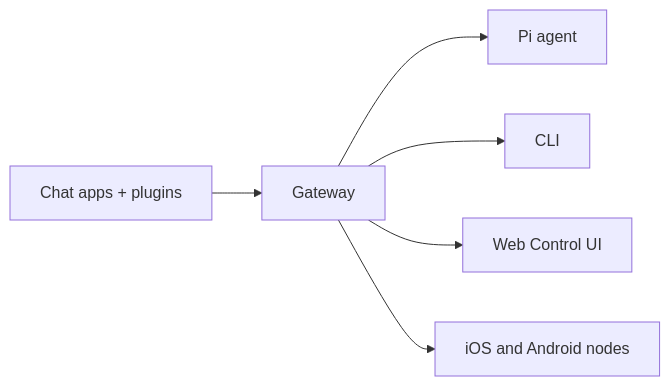
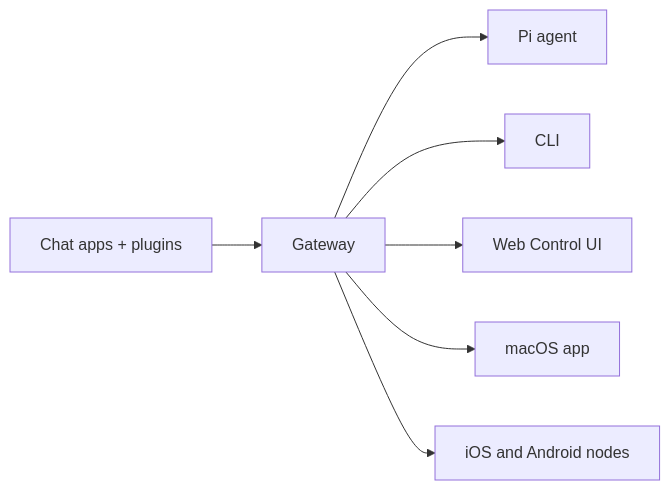
Before and after one commit to pin-null/black-slave-factory: the diagram in docs/index.md, drawn with Mermaid. The commit also changed other lines of this file and 593 other files, not shown here.

````diff
--- a/docs/index.md
+++ b/docs/index.md
@@ -61,8 +61,9 @@
 ```mermaid
 flowchart LR
   A["Chat apps + plugins"] --> B["Gateway"]
   B --> C["Pi agent"]
   B --> D["CLI"]
   B --> E["Web Control UI"]
-  B --> F["iOS and Android nodes"]
+  B --> F["macOS app"]
+  B --> G["iOS and Android nodes"]
 ```
````
